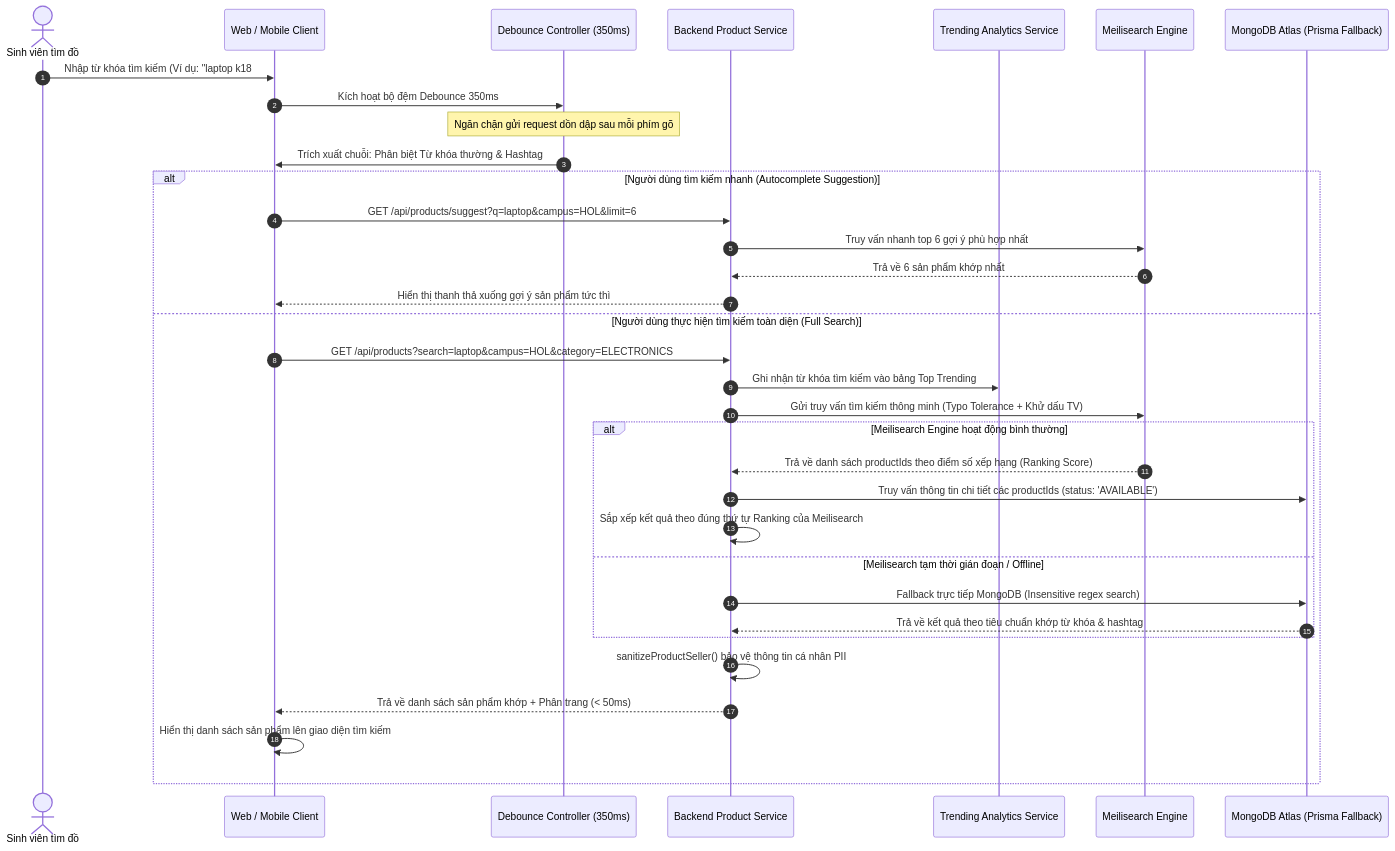
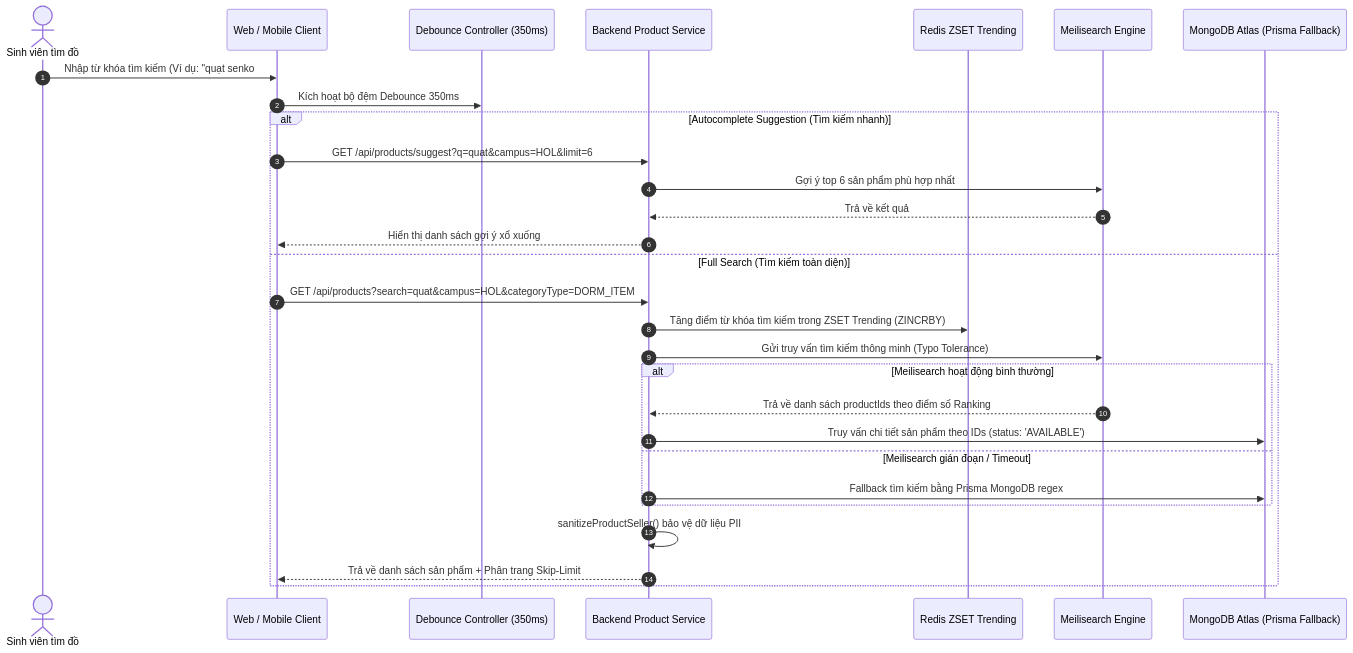
One commit to phongnha230/Market_FU changed the sixth of 13 diagrams in PROJECT_FLOWS.md. Above: the diagram before and after it, drawn with Mermaid. The commit also changed other lines of this file and 11 other files, not shown here.

````diff
--- a/PROJECT_FLOWS.md
+++ b/PROJECT_FLOWS.md
@@ -254,41 +228,35 @@
 ```mermaid
 sequenceDiagram
     autonumber
     actor SV as Sinh viên tìm đồ
     participant Client as Web / Mobile Client
     participant Debounce as Debounce Controller (350ms)
     participant SearchAPI as Backend Product Service
-    participant Analytics as Trending Analytics Service
+    participant Redis as Redis ZSET Trending
     participant Meili as Meilisearch Engine
     participant DB as MongoDB Atlas (Prisma Fallback)
 
-    SV->>Client: Nhập từ khóa tìm kiếm (Ví dụ: "laptop k18 #ktx")
+    SV->>Client: Nhập từ khóa tìm kiếm (Ví dụ: "quạt senko #ktx")
     Client->>Debounce: Kích hoạt bộ đệm Debounce 350ms
-    Note over Debounce: Ngăn chặn gửi request dồn dập sau mỗi phím gõ
     
-    Debounce->>Client: Trích xuất chuỗi: Phân biệt Từ khóa thường & Hashtag
-    
-    alt Người dùng tìm kiếm nhanh (Autocomplete Suggestion)
-        Client->>SearchAPI: GET /api/products/suggest?q=laptop&campus=HOL&limit=6
-        SearchAPI->>Meili: Truy vấn nhanh top 6 gợi ý phù hợp nhất
-        Meili-->>SearchAPI: Trả về 6 sản phẩm khớp nhất
-        SearchAPI-->>Client: Hiển thị thanh thả xuống gợi ý sản phẩm tức thì
-    else Người dùng thực hiện tìm kiếm toàn diện (Full Search)
-        Client->>SearchAPI: GET /api/products?search=laptop&campus=HOL&category=ELECTRONICS
-        SearchAPI->>Analytics: Ghi nhận từ khóa tìm kiếm vào bảng Top Trending
+    alt Autocomplete Suggestion (Tìm kiếm nhanh)
+        Client->>SearchAPI: GET /api/products/suggest?q=quat&campus=HOL&limit=6
+        SearchAPI->>Meili: Gợi ý top 6 sản phẩm phù hợp nhất
+        Meili-->>SearchAPI: Trả về kết quả
+        SearchAPI-->>Client: Hiển thị danh sách gợi ý xổ xuống
+    else Full Search (Tìm kiếm toàn diện)
+        Client->>SearchAPI: GET /api/products?search=quat&campus=HOL&categoryType=DORM_ITEM
+        SearchAPI->>Redis: Tăng điểm từ khóa tìm kiếm trong ZSET Trending (ZINCRBY)
         
-        SearchAPI->>Meili: Gửi truy vấn tìm kiếm thông minh (Typo Tolerance + Khử dấu TV)
-        alt Meilisearch Engine hoạt động bình thường
-            Meili-->>SearchAPI: Trả về danh sách productIds theo điểm số xếp hạng (Ranking Score)
-            SearchAPI->>DB: Truy vấn thông tin chi tiết các productIds (status: 'AVAILABLE')
-            SearchAPI->>SearchAPI: Sắp xếp kết quả theo đúng thứ tự Ranking của Meilisearch
-        else Meilisearch tạm thời gián đoạn / Offline
-            SearchAPI->>DB: Fallback trực tiếp MongoDB (Insensitive regex search)
-            DB-->>SearchAPI: Trả về kết quả theo tiêu chuẩn khớp từ khóa & hashtag
+        SearchAPI->>Meili: Gửi truy vấn tìm kiếm thông minh (Typo Tolerance)
+        alt Meilisearch hoạt động bình thường
+            Meili-->>SearchAPI: Trả về danh sách productIds theo điểm số Ranking
+            SearchAPI->>DB: Truy vấn chi tiết sản phẩm theo IDs (status: 'AVAILABLE')
+        else Meilisearch gián đoạn / Timeout
+            SearchAPI->>DB: Fallback tìm kiếm bằng Prisma MongoDB regex
         end
         
-        SearchAPI->>SearchAPI: sanitizeProductSeller() bảo vệ thông tin cá nhân PII
-        SearchAPI-->>Client: Trả về danh sách sản phẩm khớp + Phân trang (< 50ms)
-        Client->>Client: Hiển thị danh sách sản phẩm lên giao diện tìm kiếm
+        SearchAPI->>SearchAPI: sanitizeProductSeller() bảo vệ dữ liệu PII
+        SearchAPI-->>Client: Trả về danh sách sản phẩm + Phân trang Skip-Limit
     end
 ```
````
